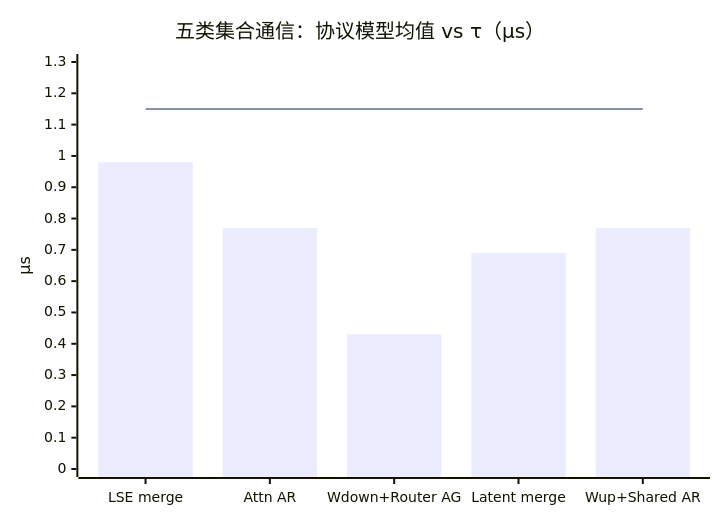
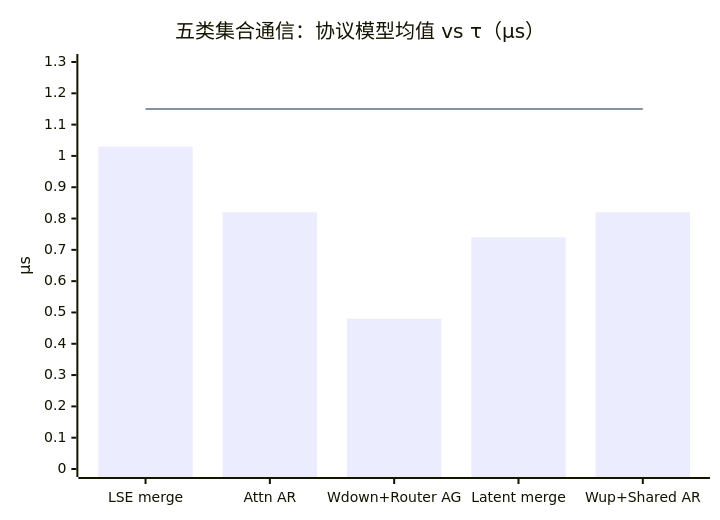
One commit to xqdan/xihu changed the third of 4 diagrams in teams/hardware/docs/07_COLLECTIVE_RDMA.md. Above: the diagram before and after it, drawn with Mermaid. The commit also changed other lines of this file and 58 other files, not shown here.

````diff
--- a/teams/hardware/docs/07_COLLECTIVE_RDMA.md
+++ b/teams/hardware/docs/07_COLLECTIVE_RDMA.md
@@ -116,8 +116,8 @@
 ```mermaid
 xychart-beta
   title "五类集合通信：协议模型均值 vs τ（µs）"
   x-axis ["LSE merge", "Attn AR", "Wdown+Router AG", "Latent merge", "Wup+Shared AR"]
   y-axis "µs" 0 --> 1.3
-  bar [0.98, 0.77, 0.43, 0.69, 0.77]
+  bar [1.03, 0.82, 0.48, 0.74, 0.82]
   line [1.15, 1.15, 1.15, 1.15, 1.15]
 ```
````
